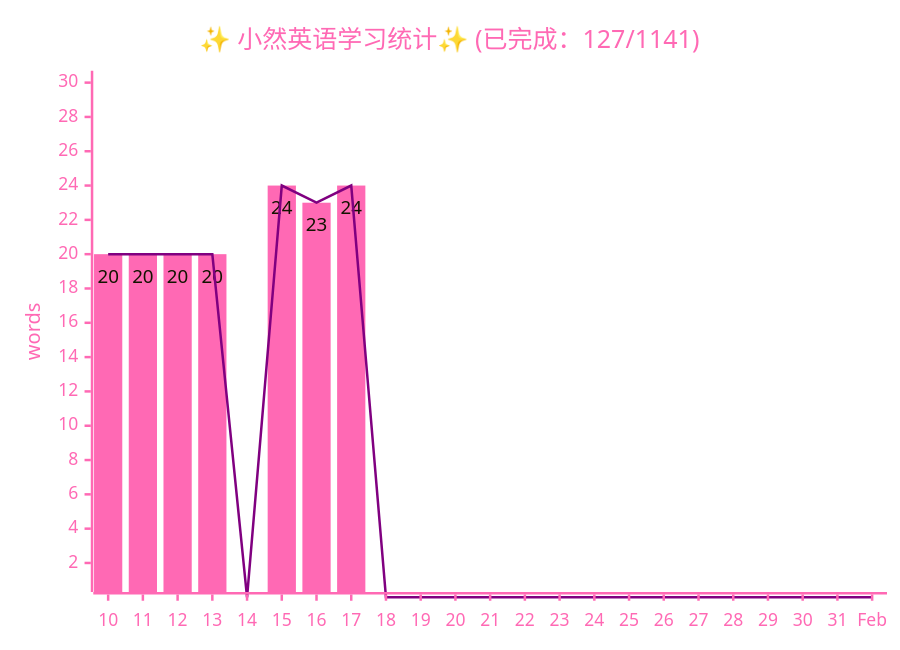
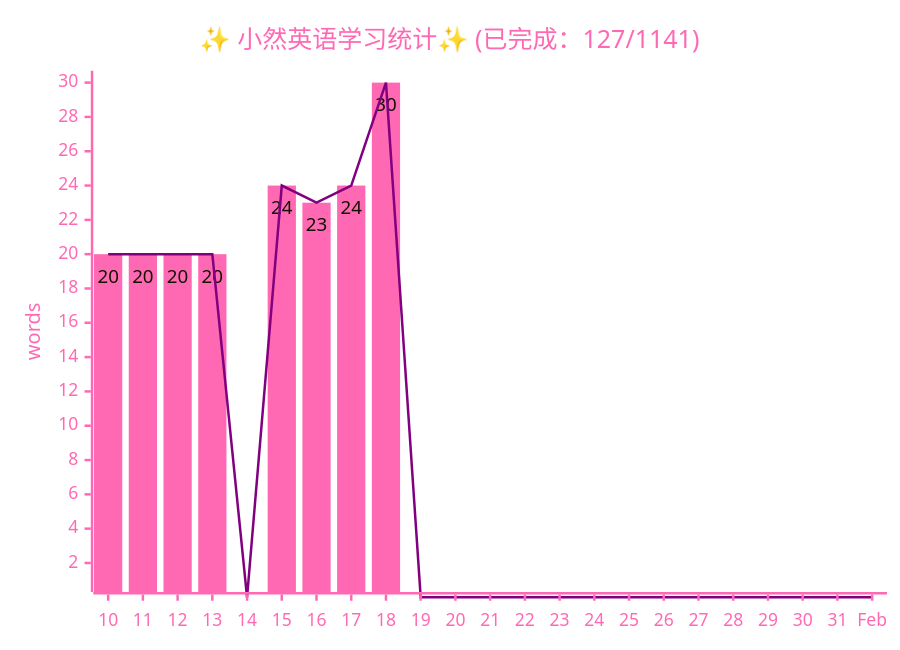
The diagram in docs/life-lessons/xiaoran/2026-xiaoran.md (zsh-rc/zsh-rc.github.io), drawn with Mermaid before and after one commit. The commit also changed 39 other files, not shown here.

```diff
--- a/docs/life-lessons/xiaoran/2026-xiaoran.md
+++ b/docs/life-lessons/xiaoran/2026-xiaoran.md
@@ -11,25 +11,25 @@
 ~~~mermaid
 ---
 config:
     xyChart:
         showDataLabel: true
     themeVariables:
         xyChart:
             titleColor: "#FF69B4"
             xAxisTitleColor: "#FF69B4"
             xAxisLabelColor: "#FF69B4"
             xAxisLineColor: "#FF69B4"
             xAxisTickColor: "#FF69B4"
             yAxisLabelColor: "#FF69B4"
             yAxisTitleColor: "#FF69B4"
             yAxisLineColor: "#FF69B4"
             yAxisTickColor: "#FF69B4"
             plotColorPalette: '#FF69B4, #800080'
 ---
 xychart
     title "✨ 小然英语学习统计✨ (已完成：127/1141)"
     y-axis "words" 1 --> 30
     x-axis [10, 11, 12, 13, 14, 15, 16, 17, 18, 19, 20,21,22,23,24,25,26,27,28,29,30,31,Feb]
-    bar    [20, 20, 20, 20, 0,  24, 23,  24,  0,  0,  0, 0, 0, 0, 0, 0, 0, 0, 0, 0, 0, 0, 0 ,0]
-    line   [20, 20, 20, 20, 0,  24, 23,  24,  0,  0,  0, 0, 0, 0, 0, 0, 0, 0, 0, 0, 0, 0, 0 ,0]
+    bar    [20, 20, 20, 20, 0,  24, 23,  24,  30,  0,  0, 0, 0, 0, 0, 0, 0, 0, 0, 0, 0, 0, 0 ,0]
+    line   [20, 20, 20, 20, 0,  24, 23,  24,  30,  0,  0, 0, 0, 0, 0, 0, 0, 0, 0, 0, 0, 0, 0 ,0]
 ~~~
```
